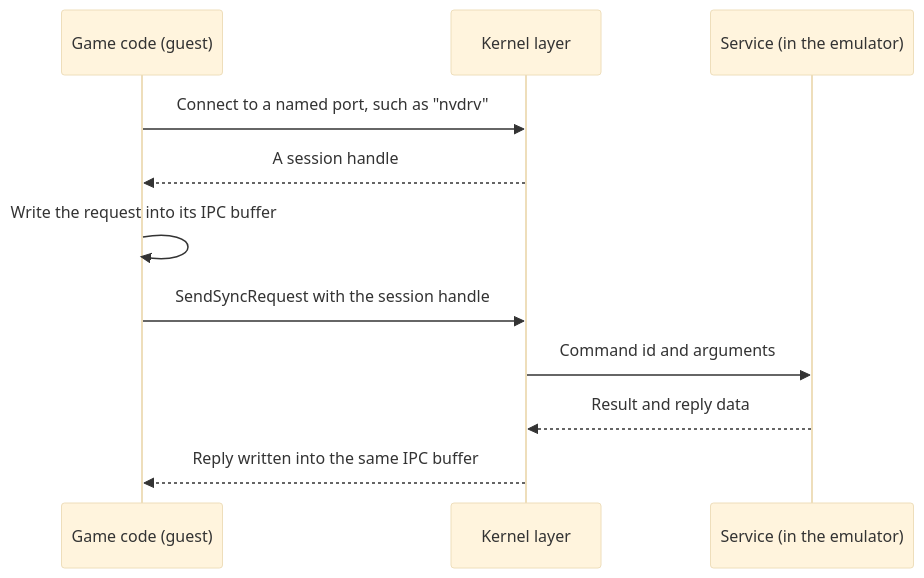
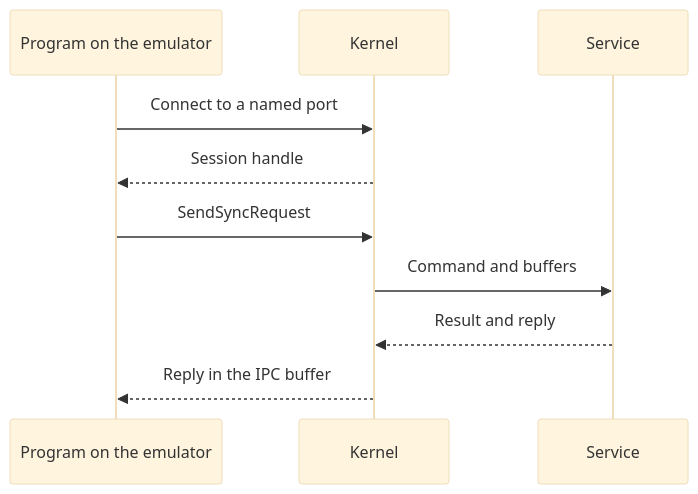
One commit to jopdorp/kokoro changed the diagram in docs/architecture/services.md. Above: the diagram before and after it, drawn with Mermaid (base theme). The commit also changed other lines of this file and 21 other files, not shown here.

````diff
--- a/docs/architecture/services.md
+++ b/docs/architecture/services.md
@@ -5,13 +5,12 @@
 ```mermaid
 sequenceDiagram
-    participant G as Game code (guest)
-    participant K as Kernel layer
-    participant S as Service (in the emulator)
-    G->>K: Connect to a named port, such as "nvdrv"
-    K-->>G: A session handle
-    G->>G: Write the request into its IPC buffer
-    G->>K: SendSyncRequest with the session handle
-    K->>S: Command id and arguments
-    S-->>K: Result and reply data
-    K-->>G: Reply written into the same IPC buffer
+    participant P as Program on the emulator
+    participant K as Kernel
+    participant S as Service
+    P->>K: Connect to a named port
+    K-->>P: Session handle
+    P->>K: SendSyncRequest
+    K->>S: Command and buffers
+    S-->>K: Result and reply
+    K-->>P: Reply in the IPC buffer
 ```
````
